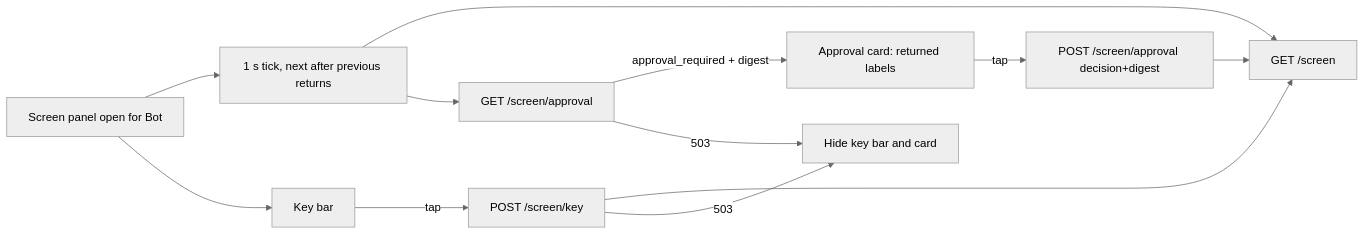
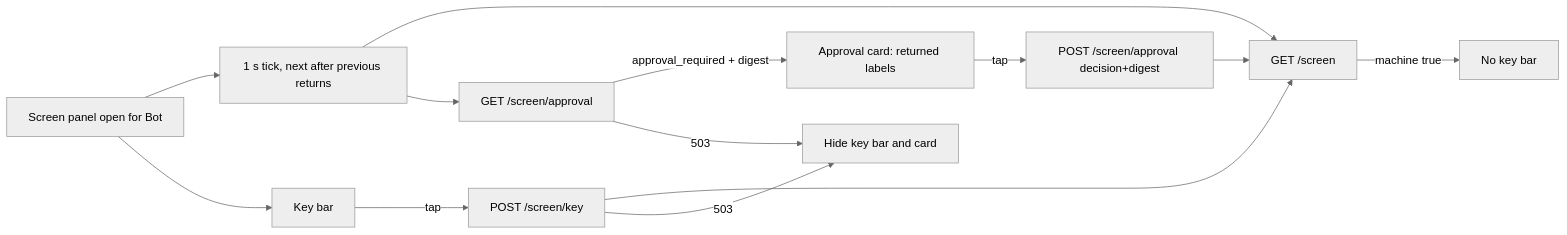
The second of 7 diagrams in docs/architecture/modules/web/management.md (kitepon/BellTeam), drawn with Mermaid (neutral theme) before and after one commit. The commit also changed other lines of this file and 2 other files, not shown here.

Commit message:
a471-web: a machine seat (screen.machine) shows no key bar

````diff
--- a/docs/architecture/modules/web/management.md
+++ b/docs/architecture/modules/web/management.md
@@ -52,13 +52,14 @@
 ```mermaid
 flowchart LR
   Open[Screen panel open for Bot] --> Tick[1 s tick, next after previous returns]
   Tick --> Screen[GET /screen]
   Tick --> Ask[GET /screen/approval]
   Ask -->|approval_required + digest| Card[Approval card: returned labels]
   Card -->|tap| Answer[POST /screen/approval decision+digest]
+  Screen -->|machine true| NoBar[No key bar]
   Open --> Bar[Key bar] -->|tap| Key[POST /screen/key]
   Key --> Screen
   Answer --> Screen
   Ask -->|503| Hide[Hide key bar and card]
   Key -->|503| Hide
 ```
````
